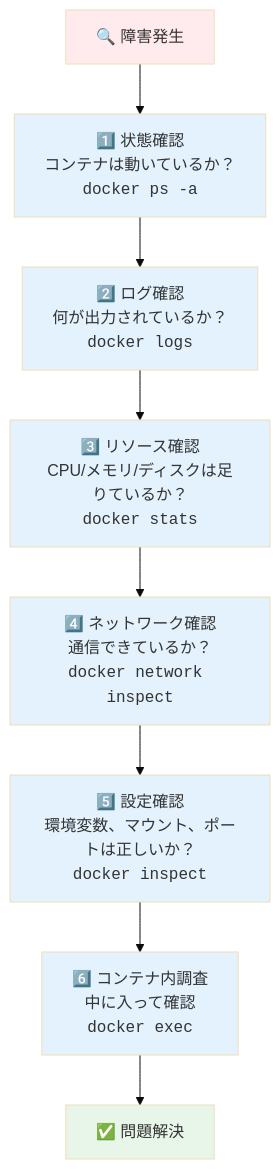
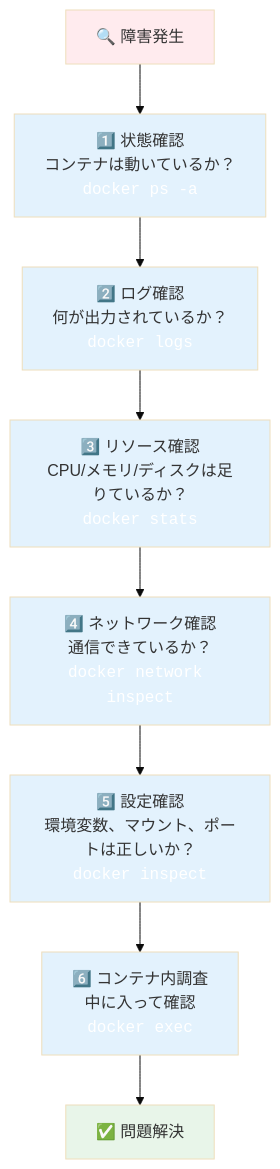
Before and after one commit to yasuhisa1984/blog: the first of 7 diagrams in content/posts/docker-troubleshooting-complete-guide.md, drawn with Mermaid (base theme). The commit also changed other lines of this file, not shown here.

First line of the commit message:
style: Mermaid図内のコード表示を白文字に変更し可読性を向上

````diff
--- a/content/posts/docker-troubleshooting-complete-guide.md
+++ b/content/posts/docker-troubleshooting-complete-guide.md
@@ -27,19 +27,19 @@
 ```mermaid
 flowchart TB
-    Start["🔍 障害発生"] --> Step1["1️⃣ 状態確認<br/>コンテナは動いているか？<br/><code>docker ps -a</code>"]
-    Step1 --> Step2["2️⃣ ログ確認<br/>何が出力されているか？<br/><code>docker logs</code>"]
-    Step2 --> Step3["3️⃣ リソース確認<br/>CPU/メモリ/ディスクは足りているか？<br/><code>docker stats</code>"]
-    Step3 --> Step4["4️⃣ ネットワーク確認<br/>通信できているか？<br/><code>docker network inspect</code>"]
-    Step4 --> Step5["5️⃣ 設定確認<br/>環境変数、マウント、ポートは正しいか？<br/><code>docker inspect</code>"]
-    Step5 --> Step6["6️⃣ コンテナ内調査<br/>中に入って確認<br/><code>docker exec</code>"]
+    Start["🔍 障害発生"] --> Step1["1️⃣ 状態確認<br/>コンテナは動いているか？<br/><code style='color: white'>docker ps -a</code>"]
+    Step1 --> Step2["2️⃣ ログ確認<br/>何が出力されているか？<br/><code style='color: white'>docker logs</code>"]
+    Step2 --> Step3["3️⃣ リソース確認<br/>CPU/メモリ/ディスクは足りているか？<br/><code style='color: white'>docker stats</code>"]
+    Step3 --> Step4["4️⃣ ネットワーク確認<br/>通信できているか？<br/><code style='color: white'>docker network inspect</code>"]
+    Step4 --> Step5["5️⃣ 設定確認<br/>環境変数、マウント、ポートは正しいか？<br/><code style='color: white'>docker inspect</code>"]
+    Step5 --> Step6["6️⃣ コンテナ内調査<br/>中に入って確認<br/><code style='color: white'>docker exec</code>"]
     Step6 --> Resolve["✅ 問題解決"]
 
     style Start fill:#ffebee
     style Resolve fill:#e8f5e9
     style Step1 fill:#e3f2fd
     style Step2 fill:#e3f2fd
     style Step3 fill:#e3f2fd
     style Step4 fill:#e3f2fd
     style Step5 fill:#e3f2fd
     style Step6 fill:#e3f2fd
 ```
````
